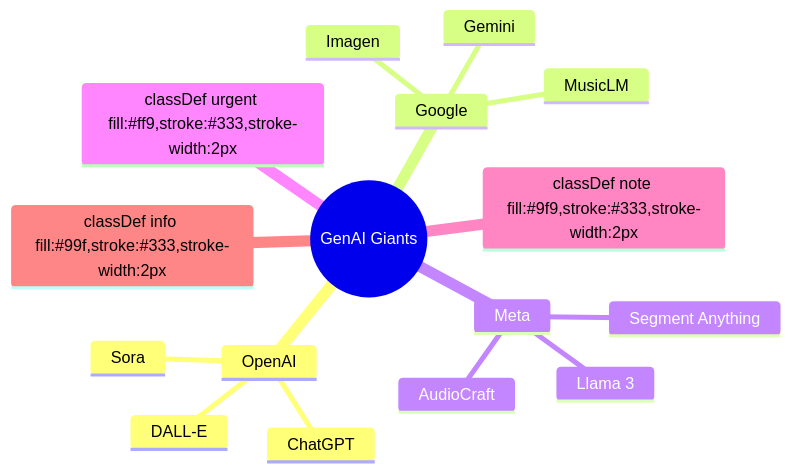
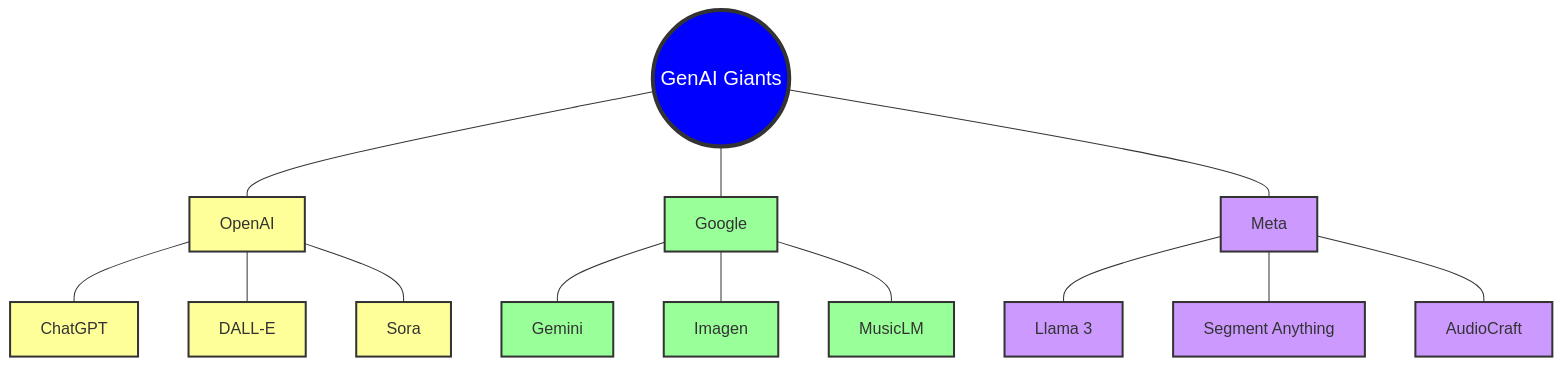
One commit to parimargu/learn-generative-ai-in-101-days-genai-for-beginners changed the second of 4 diagrams in Day1_Intro_to_GenAI.md. Above: the diagram before and after it, drawn with Mermaid.

Commit message:
Updated content of Day 1: Introduction to Generative AI

````diff
--- a/Day1_Intro_to_GenAI.md
+++ b/Day1_Intro_to_GenAI.md
@@ -49,23 +49,34 @@
 ```mermaid
-mindmap
-  root((GenAI Giants))
-    OpenAI
-      :::urgent
-      ChatGPT
-      DALL-E
-      Sora
-    Google
-      :::note
-      Gemini
-      Imagen
-      MusicLM
-    Meta
-      :::info
-      Llama 3
-      Segment Anything
-      AudioCraft
+graph TD
+    Root((GenAI Giants))
+    
+    %% OpenAI Branch
+    Root --- OpenAI[OpenAI]
+    OpenAI --- ChatGPT[ChatGPT]
+    OpenAI --- DALL-E[DALL-E]
+    OpenAI --- Sora[Sora]
+    
+    %% Google Branch
+    Root --- Google[Google]
+    Google --- Gemini[Gemini]
+    Google --- Imagen[Imagen]
+    Google --- MusicLM[MusicLM]
+    
+    %% Meta Branch
+    Root --- Meta[Meta]
+    Meta --- Llama3[Llama 3]
+    Meta --- SegAny[Segment Anything]
+    Meta --- AudioCraft[AudioCraft]
 
-    classDef urgent fill:#ff9,stroke:#333,stroke-width:2px;
-    classDef note fill:#9f9,stroke:#333,stroke-width:2px;
-    classDef info fill:#99f,stroke:#333,stroke-width:2px;
+    %% Class Definitions for Colors
+    classDef rootStyle fill:#00f,color:#fff,stroke:#333,stroke-width:4px,font-size:20px;
+    classDef openAI fill:#ff9,stroke:#333,stroke-width:2px;
+    classDef google fill:#9f9,stroke:#333,stroke-width:2px;
+    classDef meta fill:#c9f,stroke:#333,stroke-width:2px;
+
+    %% Applying Classes
+    class Root rootStyle
+    class OpenAI,ChatGPT,DALL-E,Sora openAI
+    class Google,Gemini,Imagen,MusicLM google
+    class Meta,Llama3,SegAny,AudioCraft meta
 ```
````
